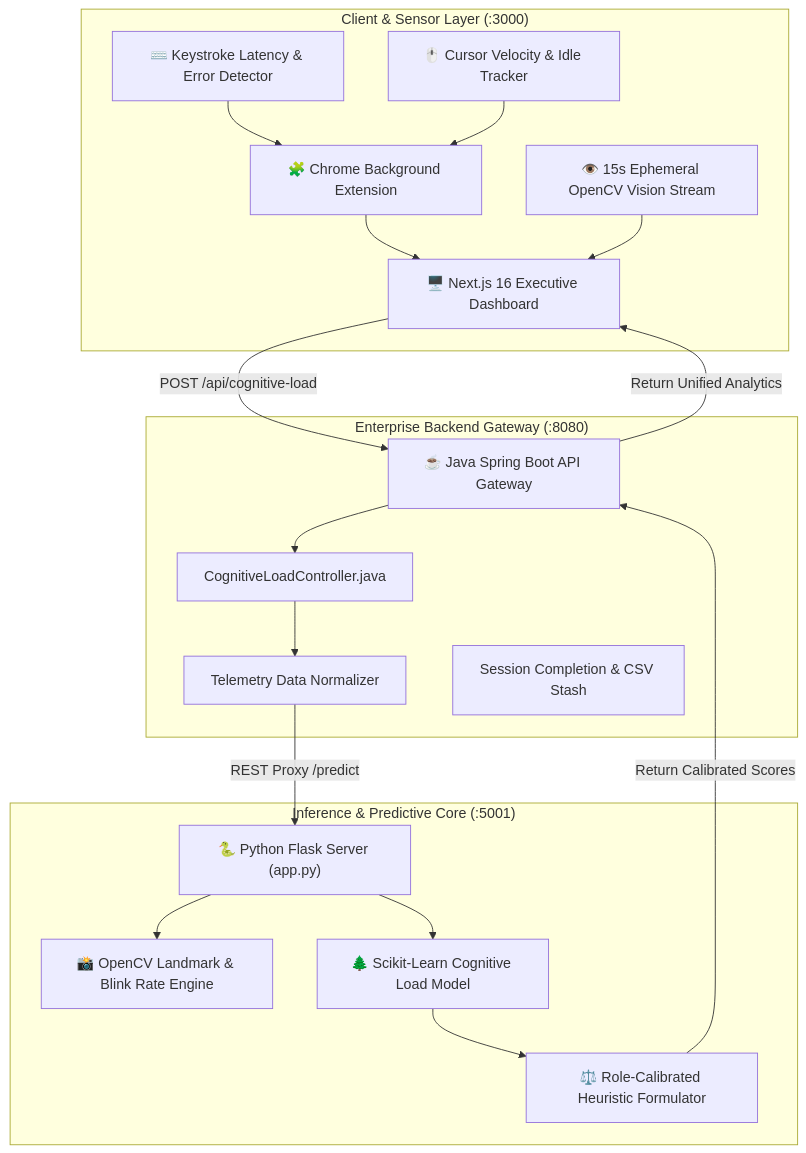
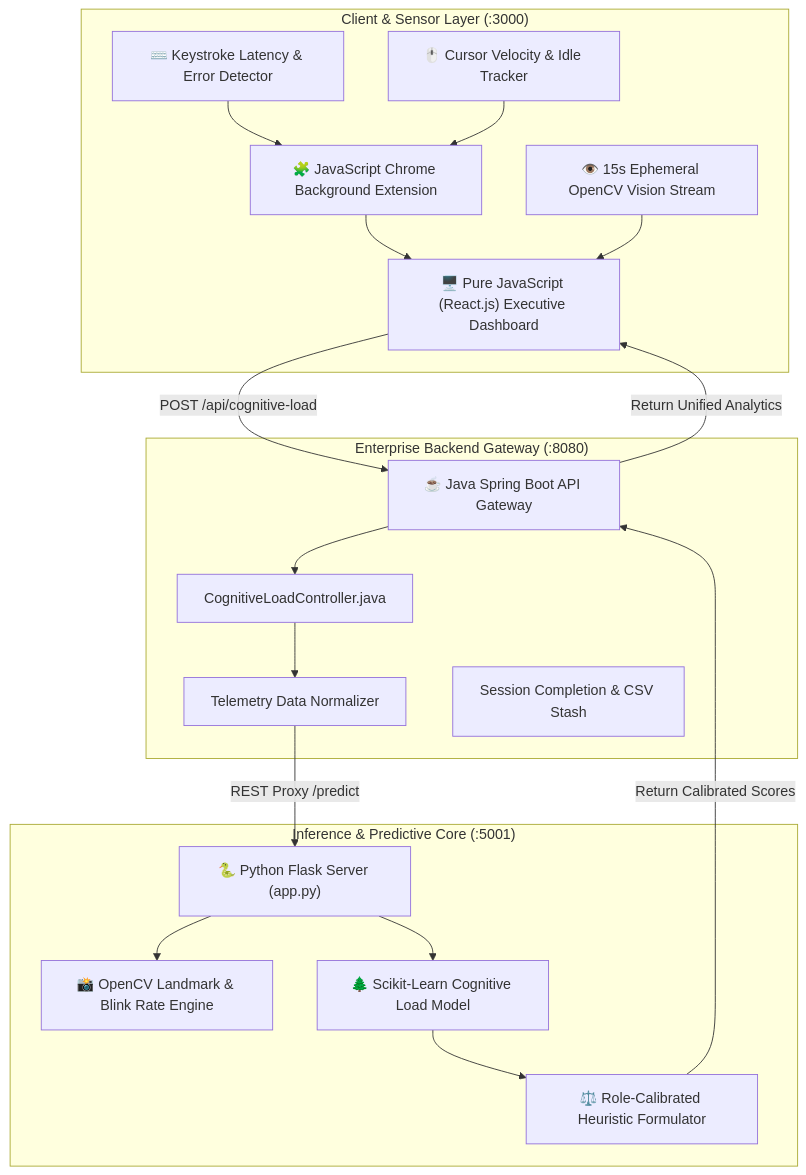
One commit to Code-AkarshMishra/CognitiveLoadDetector changed the first of 2 diagrams in README.md. Above: the diagram before and after it, drawn with Mermaid. The commit also changed other lines of this file, not shown here.

````diff
--- a/README.md
+++ b/README.md
@@ -40,38 +40,38 @@
 ```mermaid
 flowchart TB
     subgraph ClientLayer ["Client & Sensor Layer (:3000)"]
-        UI["🖥️ Next.js 16 Executive Dashboard"]
-        Ext["🧩 Chrome Background Extension"]
+        UI["🖥️ Pure JavaScript (React.js) Executive Dashboard"]
+        Ext["🧩 JavaScript Chrome Background Extension"]
         Cam["👁️ 15s Ephemeral OpenCV Vision Stream"]
         Keys["⌨️ Keystroke Latency & Error Detector"]
         Mouse["🖱️ Cursor Velocity & Idle Tracker"]
     end
 
     subgraph BackendLayer ["Enterprise Backend Gateway (:8080)"]
         Spring["☕ Java Spring Boot API Gateway"]
         Controller["CognitiveLoadController.java"]
         Aggregator["Telemetry Data Normalizer"]
         SessionMgr["Session Completion & CSV Stash"]
     end
 
     subgraph MLLayer ["Inference & Predictive Core (:5001)"]
         Flask["🐍 Python Flask Server (app.py)"]
         CV["📸 OpenCV Landmark & Blink Rate Engine"]
         RF["🌲 Scikit-Learn Cognitive Load Model"]
         Calib["⚖️ Role-Calibrated Heuristic Formulator"]
     end
 
     Keys --> Ext
     Mouse --> Ext
     Ext --> UI
     Cam --> UI
     UI -->|POST /api/cognitive-load| Spring
     Spring --> Controller
     Controller --> Aggregator
     Aggregator -->|REST Proxy /predict| Flask
     Flask --> CV
     Flask --> RF
     RF --> Calib
     Calib -->|Return Calibrated Scores| Spring
     Spring -->|Return Unified Analytics| UI
 ```
````
